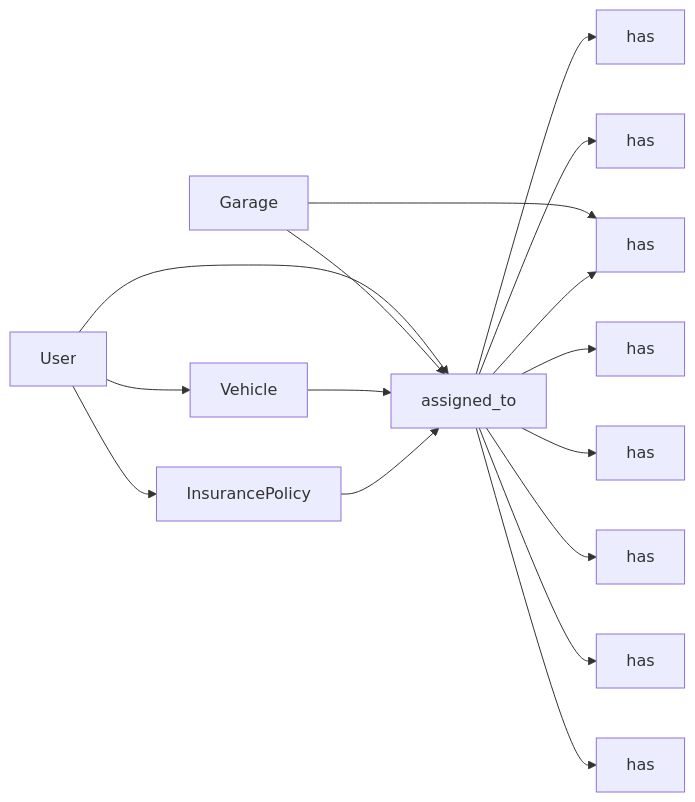
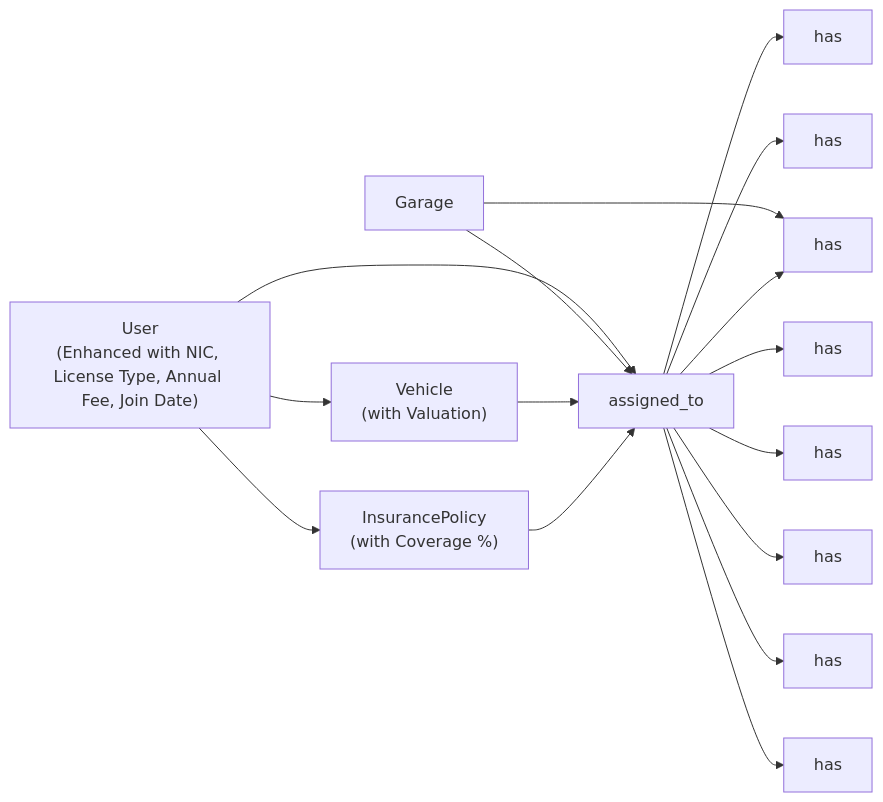
Before and after one commit to NaveenHiranya/Smart-Vehicle-Insurance-Claim-System: the third of 4 diagrams in .qoder/repowiki/en/content/Database Design.md, drawn with Mermaid. The commit also changed other lines of this file and 45 other files, not shown here.

````diff
--- a/.qoder/repowiki/en/content/Database Design.md
+++ b/.qoder/repowiki/en/content/Database Design.md
@@ -558,18 +584,18 @@
 ```mermaid
 graph LR
-User["User"] --> Vehicle["Vehicle"]
-User --> Policy["InsurancePolicy"]
+User["User<br/>(Enhanced with NIC, License Type, Annual Fee, Join Date)"] --> Vehicle["Vehicle<br/>(with Valuation)"]
+User --> Policy["InsurancePolicy<br/>(with Coverage %)"]
 User --> Claim["Claim"]
 Garage["Garage"] --> Claim["assigned_to"]
 Garage --> GarageEstimate["submits"]
 Vehicle --> Claim
 Policy --> Claim
 Claim --> DamageAssessment["has"]
 Claim --> RepairEstimate["has"]
 Claim --> GarageEstimate["has"]
 Claim --> InsurancePayout["has"]
 Claim --> ClaimImage["has"]
 Claim --> Document["has"]
 Claim --> ChatMessage["has"]
 Claim --> AdminNote["has"]
 ```
````
